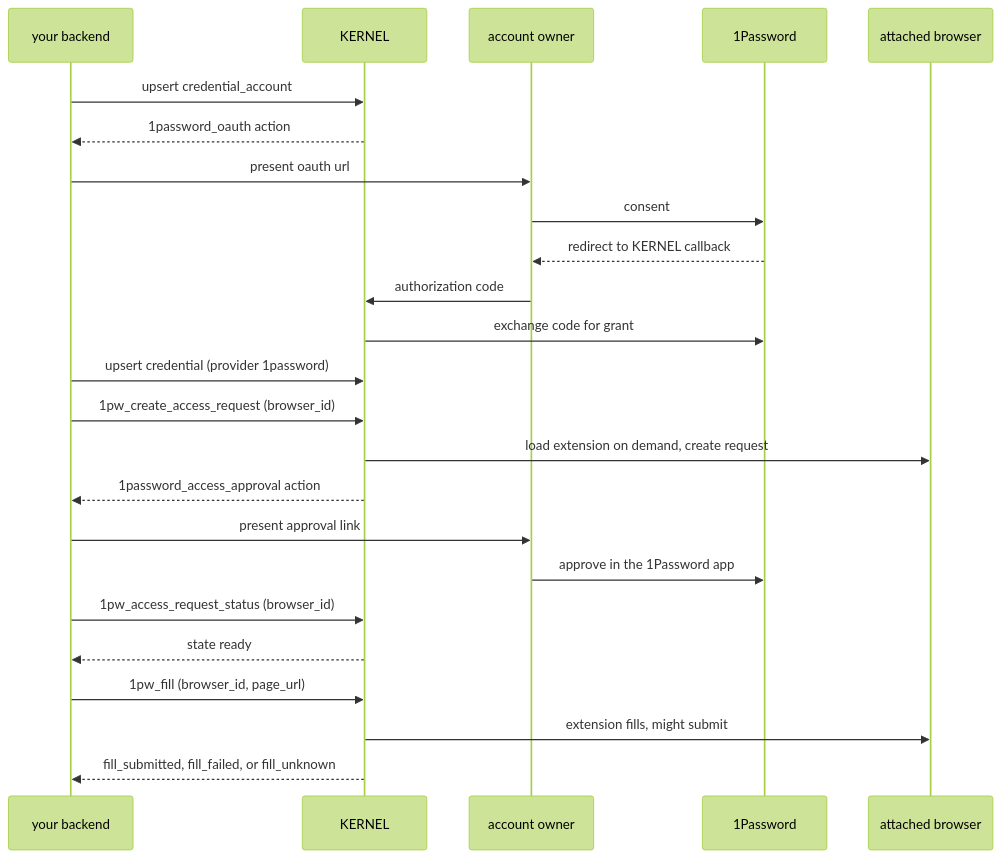
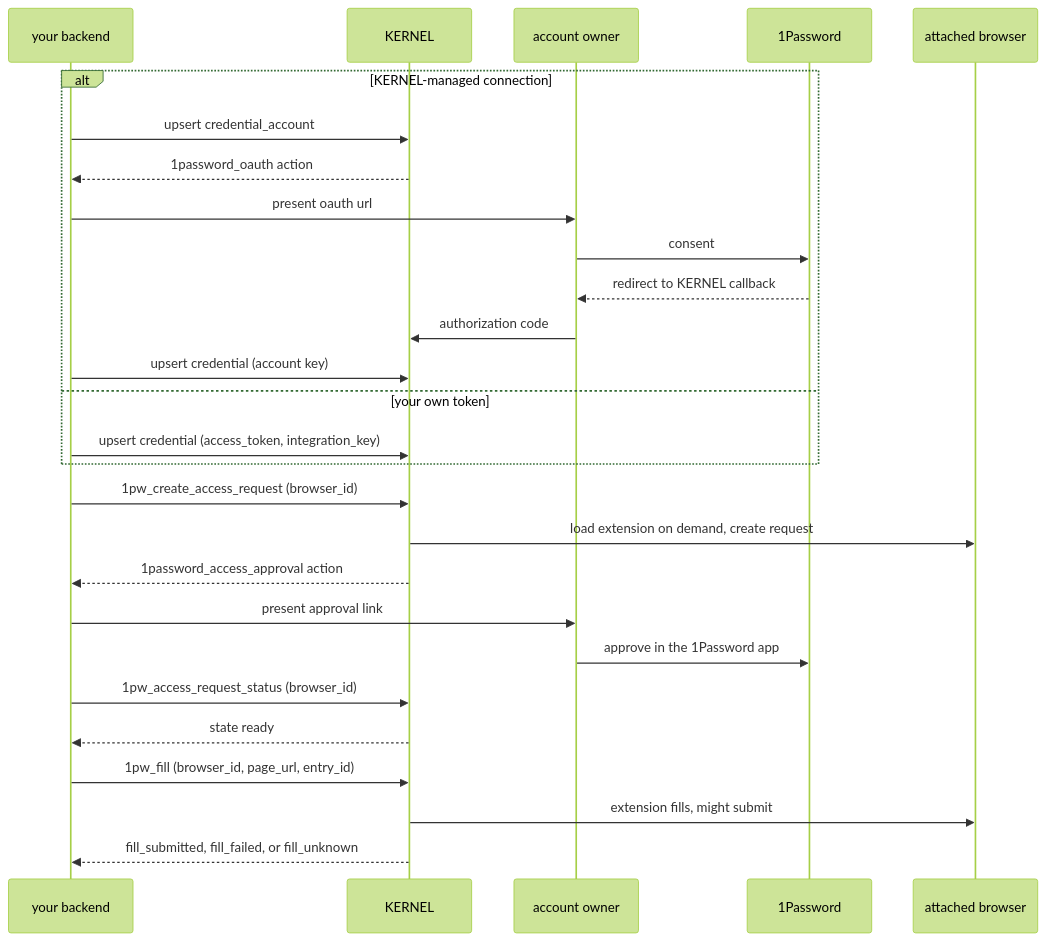
The diagram in vaults/1password.mdx (kernel/docs), drawn with Mermaid (forest theme) before and after one commit. The commit also changed other lines of this file and 1 other file, not shown here.

Commit message:
Update 1Password docs for account keys, stored tokens, and multi-entry fill

````diff
--- a/vaults/1password.mdx
+++ b/vaults/1password.mdx
@@ -94,26 +86,29 @@
 ```mermaid
 sequenceDiagram
   participant App as your backend
   participant K as KERNEL
   participant U as account owner
   participant OP as 1Password
   participant B as attached browser
-  App->>K: upsert credential_account
-  K-->>App: 1password_oauth action
-  App->>U: present oauth url
-  U->>OP: consent
-  OP-->>U: redirect to KERNEL callback
-  U->>K: authorization code
-  K->>OP: exchange code for grant
-  App->>K: upsert credential (provider 1password)
+  alt KERNEL-managed connection
+    App->>K: upsert credential_account
+    K-->>App: 1password_oauth action
+    App->>U: present oauth url
+    U->>OP: consent
+    OP-->>U: redirect to KERNEL callback
+    U->>K: authorization code
+    App->>K: upsert credential (account key)
+  else your own token
+    App->>K: upsert credential (access_token, integration_key)
+  end
   App->>K: 1pw_create_access_request (browser_id)
   K->>B: load extension on demand, create request
   K-->>App: 1password_access_approval action
   App->>U: present approval link
   U->>OP: approve in the 1Password app
   App->>K: 1pw_access_request_status (browser_id)
   K-->>App: state ready
-  App->>K: 1pw_fill (browser_id, page_url)
+  App->>K: 1pw_fill (browser_id, page_url, entry_id)
   K->>B: extension fills, might submit
   K-->>App: fill_submitted, fill_failed, or fill_unknown
 ```
````
